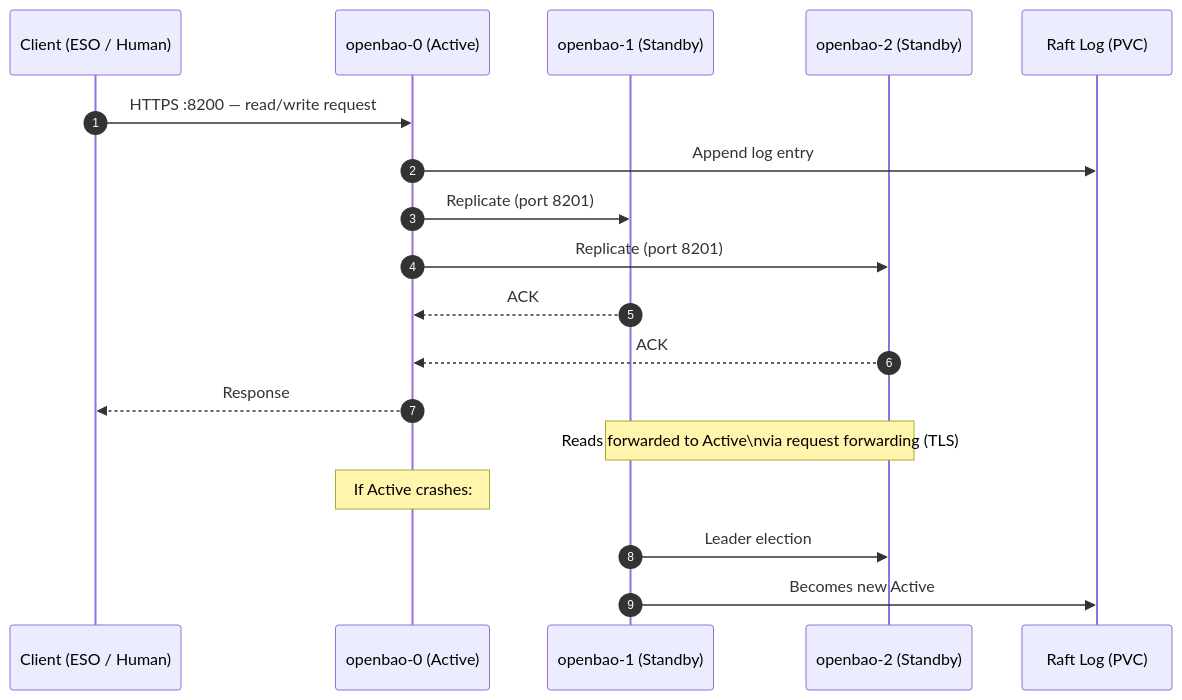
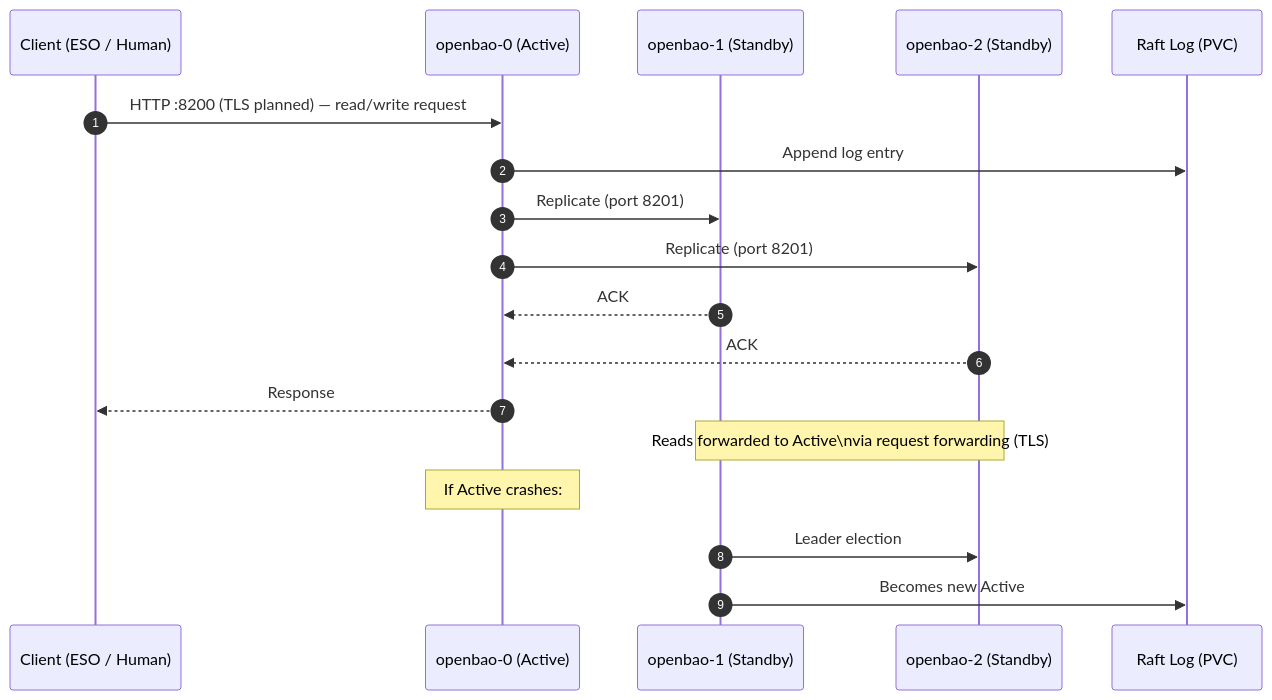
The second of 19 diagrams in docs/secrets/openbao.md (duynhlab/homelab), drawn with Mermaid before and after one commit. The commit also changed other lines of this file and 4 other files, not shown here.

First line of the commit message:
fix(docs): correct what the #1115 diagram review found

````diff
--- a/docs/secrets/openbao.md
+++ b/docs/secrets/openbao.md
@@ -145,23 +145,23 @@
 ```mermaid
 sequenceDiagram
     autonumber
     participant Client as Client (ESO / Human)
     participant Active as openbao-0 (Active)
     participant Standby1 as openbao-1 (Standby)
     participant Standby2 as openbao-2 (Standby)
     participant Raft as Raft Log (PVC)
 
-    Client->>Active: HTTPS :8200 — read/write request
+    Client->>Active: HTTP :8200 (TLS planned) — read/write request
     Active->>Raft: Append log entry
     Active->>Standby1: Replicate (port 8201)
     Active->>Standby2: Replicate (port 8201)
     Standby1-->>Active: ACK
     Standby2-->>Active: ACK
     Active-->>Client: Response
 
     note over Standby1,Standby2: Reads forwarded to Active\nvia request forwarding (TLS)
 
     note over Active: If Active crashes:
     Standby1->>Standby2: Leader election
     Standby1->>Raft: Becomes new Active
 ```
````
